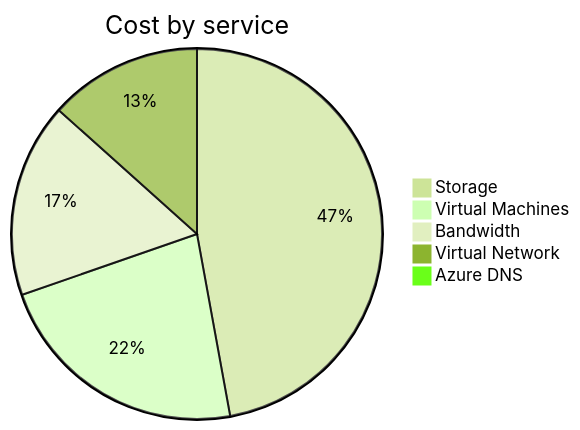
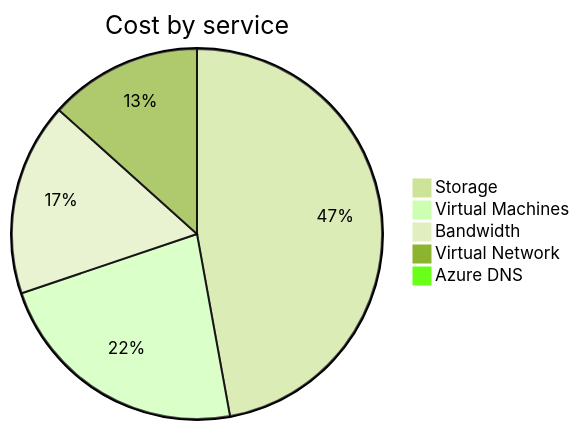
One commit to jpfulton/azure-personal-reports changed the second of 4 diagrams in cost-reports/personal-network/README.md. Above: the diagram before and after it, drawn with Mermaid (forest theme). The commit also changed other lines of this file and 8 other files, not shown here.

````diff
--- a/cost-reports/personal-network/README.md
+++ b/cost-reports/personal-network/README.md
@@ -99,9 +99,9 @@
 ```mermaid
 pie
    title Cost by service
-   "Storage" : 6.73
-   "Virtual Machines" : 3.22
-   "Bandwidth" : 2.42
-   "Virtual Network" : 1.91
-   "Azure DNS" : 0.13
+   "Storage" : 7.59
+   "Virtual Machines" : 3.65
+   "Bandwidth" : 2.71
+   "Virtual Network" : 2.15
+   "Azure DNS" : 0.14
 ```
````
